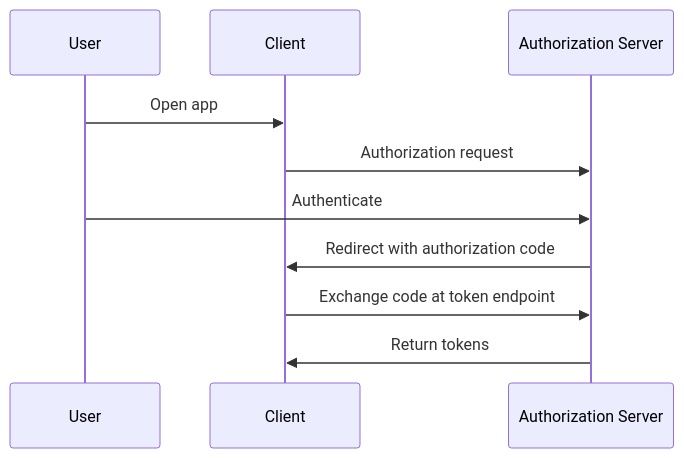
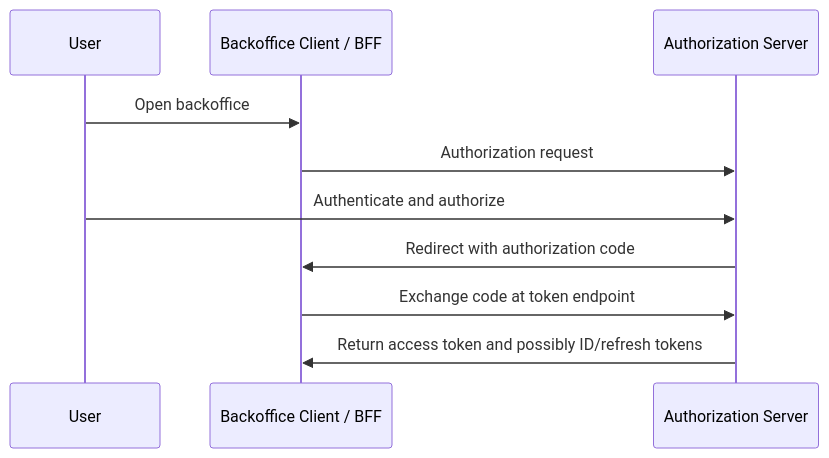
The first of 5 diagrams in docs/wiki/06-oauth2-flows.md (panaC/edrlab-backoffice-auth-study), drawn with Mermaid before and after one commit. The commit also changed other lines of this file and 2 other files, not shown here.

Commit message:
Expand OAuth2 study pages for flow and role clarity

````diff
--- a/docs/wiki/06-oauth2-flows.md
+++ b/docs/wiki/06-oauth2-flows.md
@@ -26,13 +61,13 @@
 ```mermaid
 sequenceDiagram
     participant User
-    participant Client
+    participant Client as Backoffice Client / BFF
     participant AS as Authorization Server
 
-    User->>Client: Open app
+    User->>Client: Open backoffice
     Client->>AS: Authorization request
-    User->>AS: Authenticate
+    User->>AS: Authenticate and authorize
     AS->>Client: Redirect with authorization code
     Client->>AS: Exchange code at token endpoint
-    AS->>Client: Return tokens
+    AS->>Client: Return access token and possibly ID/refresh tokens
 ```
````
